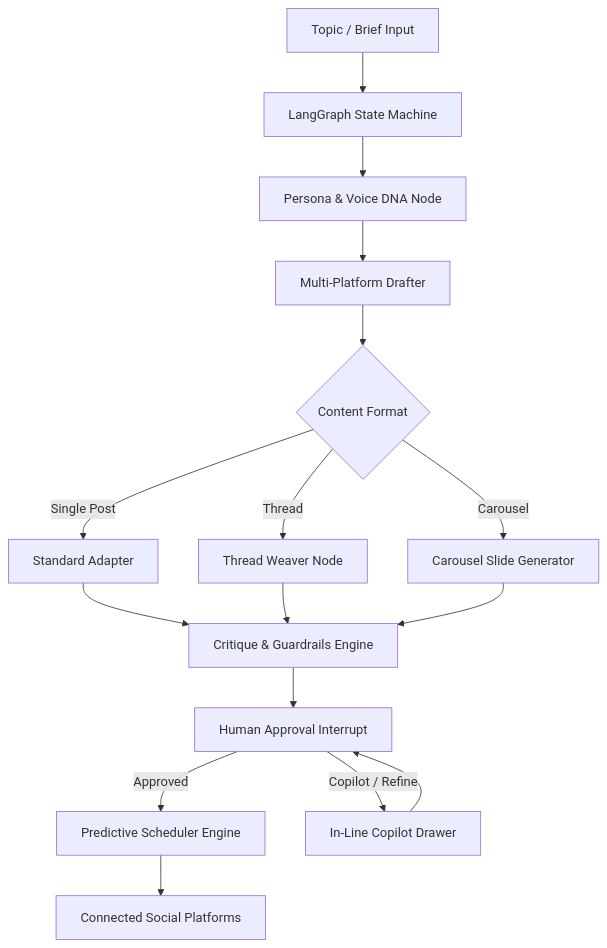
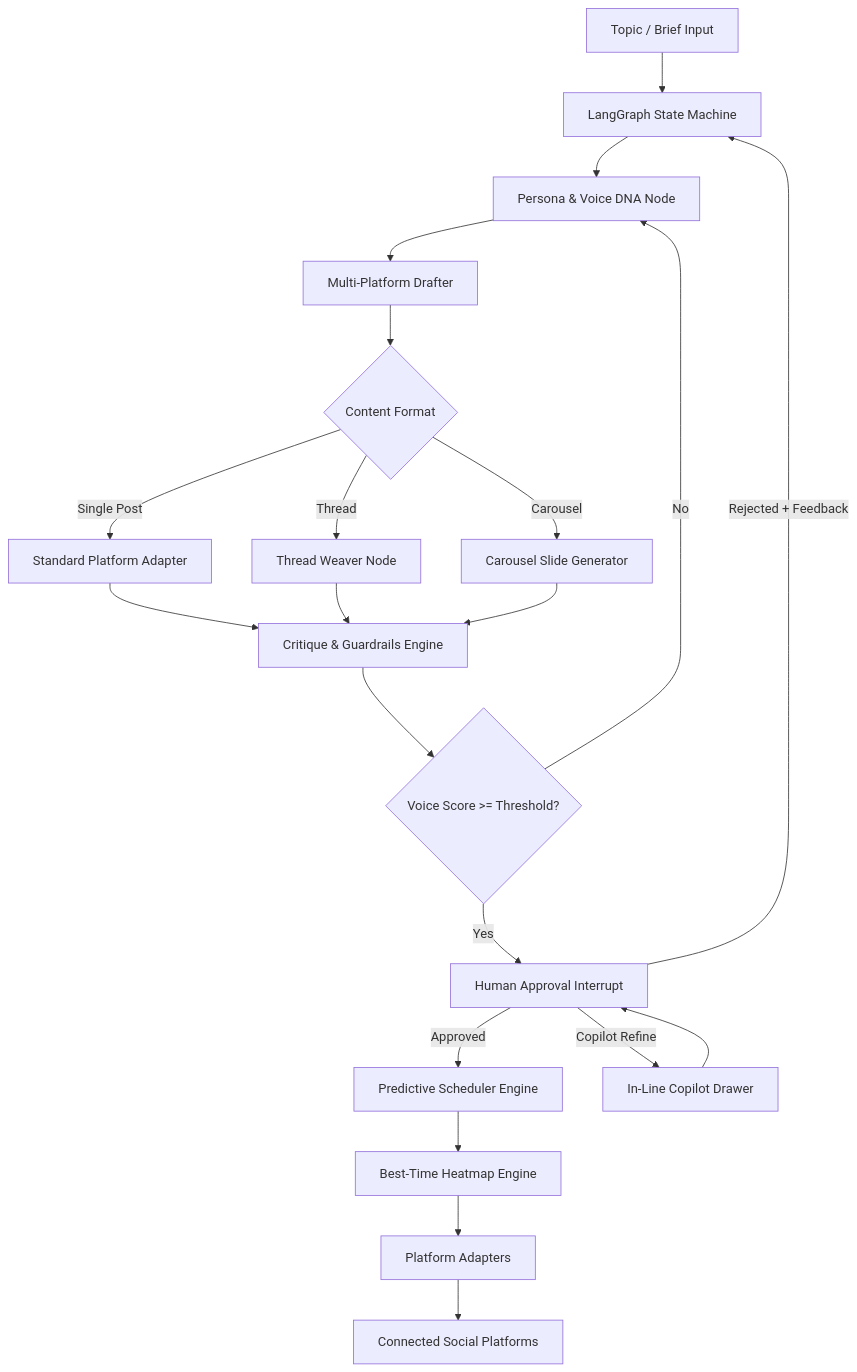
Before and after one commit to Giancyril/Loopcast: the first of 2 diagrams in README.md, drawn with Mermaid. The commit also changed other lines of this file and 3 other files, not shown here.

Commit message:
docs: comprehensive enterprise README with architecture, benchmarks, and 5 advanced features

````diff
--- a/README.md
+++ b/README.md
@@ -39,18 +64,23 @@
 ```mermaid
 graph TD
     A[Topic / Brief Input] --> B[LangGraph State Machine]
     B --> C[Persona & Voice DNA Node]
     C --> D[Multi-Platform Drafter]
     D --> E{Content Format}
-    E -->|Single Post| F[Standard Adapter]
+    E -->|Single Post| F[Standard Platform Adapter]
     E -->|Thread| G[Thread Weaver Node]
     E -->|Carousel| H[Carousel Slide Generator]
     F --> I[Critique & Guardrails Engine]
     G --> I
     H --> I
-    I --> J[Human Approval Interrupt]
-    J -->|Approved| K[Predictive Scheduler Engine]
-    K --> L[Connected Social Platforms]
-    J -->|Copilot / Refine| M[In-Line Copilot Drawer]
-    M --> J
+    I --> J{Voice Score >= Threshold?}
+    J -->|No| C
+    J -->|Yes| K[Human Approval Interrupt]
+    K -->|Approved| L[Predictive Scheduler Engine]
+    K -->|Copilot Refine| M[In-Line Copilot Drawer]
+    M --> K
+    K -->|Rejected + Feedback| B
+    L --> N[Best-Time Heatmap Engine]
+    N --> O[Platform Adapters]
+    O --> P[Connected Social Platforms]
 ```
````
